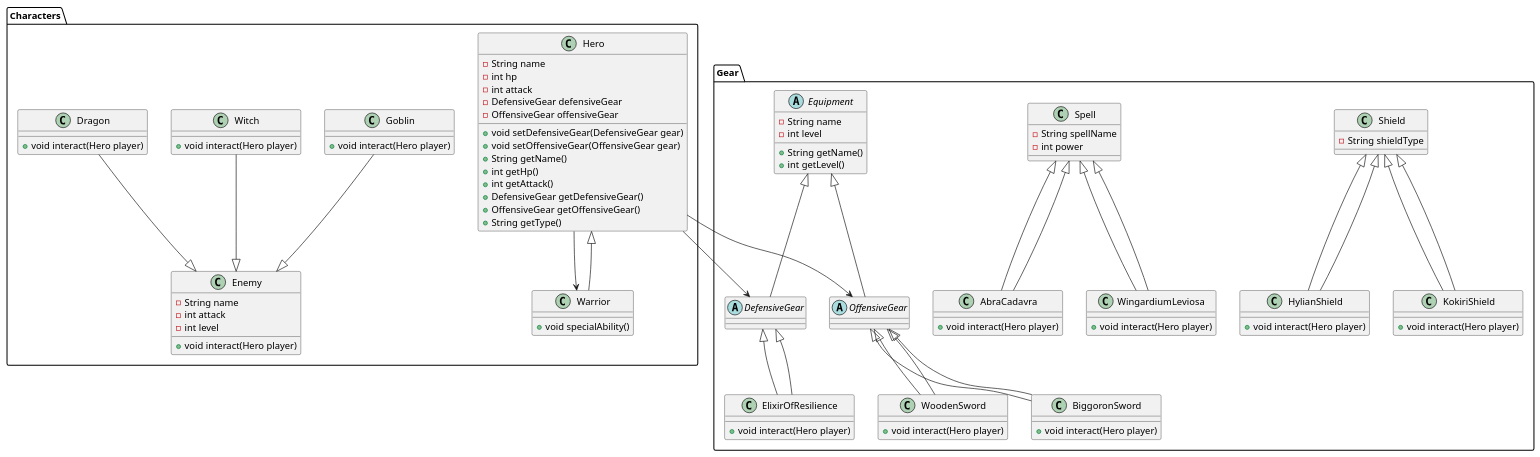
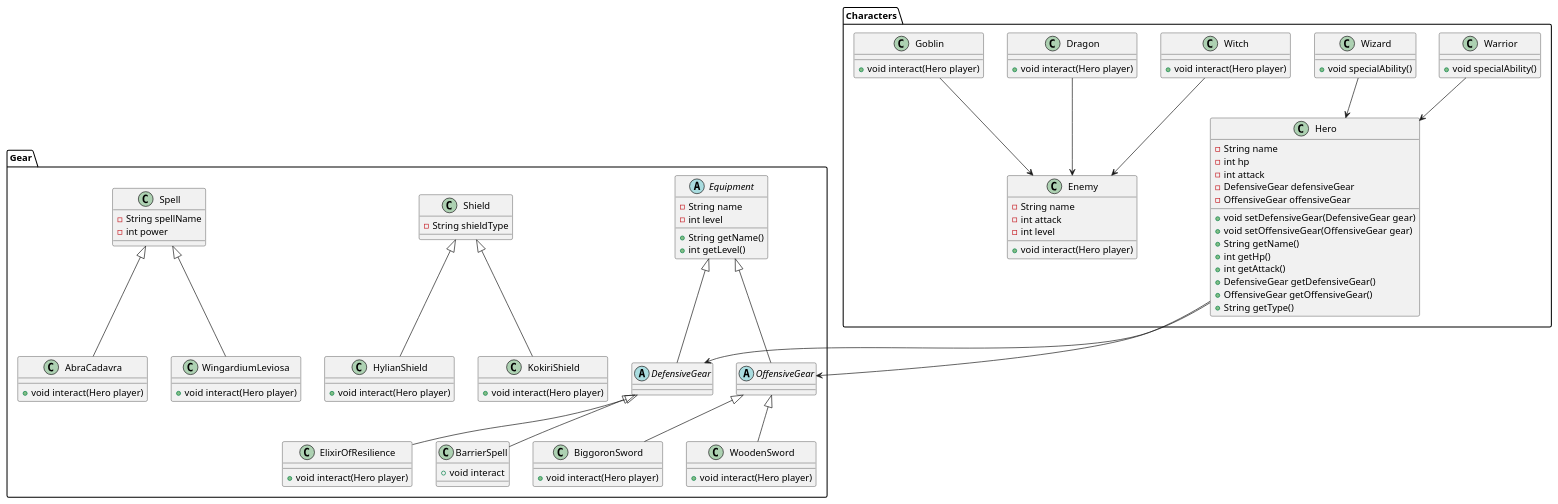
The diagram in ClassDiagram.puml (Damien38340/Donjons-et-dragons), drawn with PlantUML before and after one commit. The commit also changed 8 other files, not shown here.

```diff
--- a/ClassDiagram.puml
+++ b/ClassDiagram.puml
@@ -1,111 +1,115 @@
 @startuml
 
 package Characters {
     class Hero {
         - String name
         - int hp
         - int attack
         - DefensiveGear defensiveGear
         - OffensiveGear offensiveGear
         + void setDefensiveGear(DefensiveGear gear)
         + void setOffensiveGear(OffensiveGear gear)
         + String getName()
         + int getHp()
         + int getAttack()
         + DefensiveGear getDefensiveGear()
         + OffensiveGear getOffensiveGear()
         + String getType()
     }
 
     class Warrior {
         + void specialAbility()
+    }
+
+    class Wizard {
++ void specialAbility()
     }
 
     class Enemy {
         - String name
         - int attack
         - int level
         + void interact(Hero player)
     }
 
     class Dragon {
         + void interact(Hero player)
     }
 
     class Goblin {
         + void interact(Hero player)
     }
 
     class Witch {
         + void interact(Hero player)
     }
 }
 
 package Gear {
     abstract class Equipment {
         - String name
         - int level
         + String getName()
         + int getLevel()
     }
 
     abstract class DefensiveGear extends Equipment {
     }
 
     abstract class OffensiveGear extends Equipment {
     }
 
     class Shield {
         - String shieldType
     }
 
     class HylianShield extends Shield {
         + void interact(Hero player)
     }
 
     class KokiriShield extends Shield {
         + void interact(Hero player)
     }
 
     class ElixirOfResilience extends DefensiveGear {
         + void interact(Hero player)
     }
 
+    class BarrierSpell extends DefensiveGear {
+     + void interact
+     }
+
     class BiggoronSword extends OffensiveGear {
         + void interact(Hero player)
     }
 
     class WoodenSword extends OffensiveGear {
         + void interact(Hero player)
     }
 
     class Spell {
         - String spellName
         - int power
     }
 
     class AbraCadavra extends Spell {
         + void interact(Hero player)
     }
 
     class WingardiumLeviosa extends Spell {
         + void interact(Hero player)
     }
 }
 
 Hero --> OffensiveGear
 Hero --> DefensiveGear
-Hero --> Warrior
-Warrior --|> Hero
-Dragon --|> Enemy
-Goblin --|> Enemy
-Witch --|> Enemy
-HylianShield --|> Shield
-KokiriShield --|> Shield
-ElixirOfResilience --|> DefensiveGear
-BiggoronSword --|> OffensiveGear
-WoodenSword --|> OffensiveGear
-AbraCadavra --|> Spell
-WingardiumLeviosa --|> Spell
+Warrior --> Hero
+Wizard --> Hero
+
+Dragon --> Enemy
+Goblin --> Enemy
+Witch --> Enemy
+
+
 
 @enduml
```
